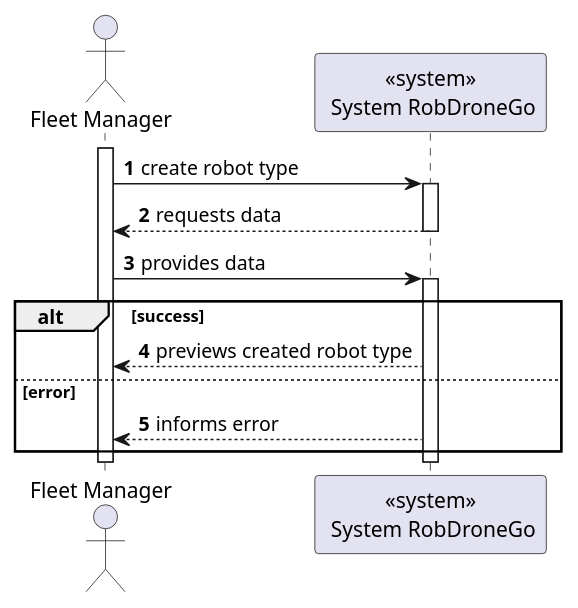
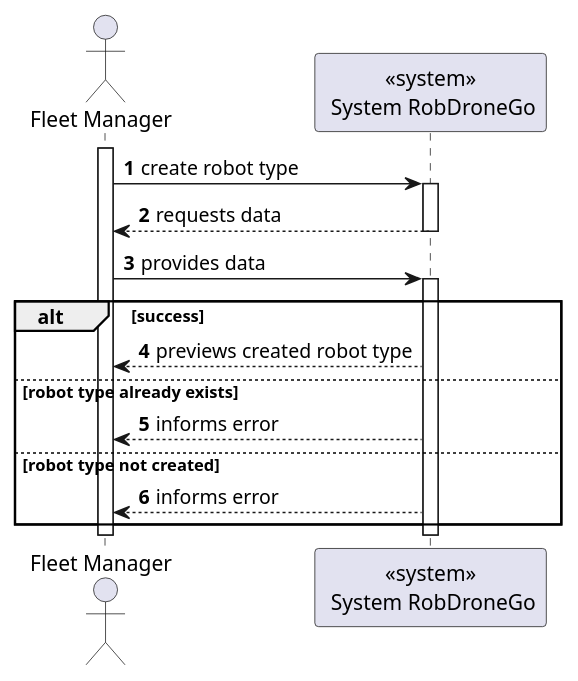
Before and after one commit to Departamento-de-Engenharia-Informatica/lapr5-23-24-g19: the diagram in docs/us1000/level1/process-view.puml, drawn with PlantUML. The commit also changed 5 other files, not shown here.

```diff
--- a/docs/us1000/level1/process-view.puml
+++ b/docs/us1000/level1/process-view.puml
@@ -1,24 +1,26 @@
 @startuml
 autonumber
 
 actor "Fleet Manager" as usr
 
 participant "<<system>>\n System RobDroneGo" as sys
 
 activate usr
     usr -> sys : create robot type
     activate sys
         sys --> usr : requests data
     deactivate sys
 
     usr -> sys : provides data
     activate sys
     alt success
         sys --> usr : previews created robot type
-    else error
+    else robot type already exists
+        sys --> usr : informs error
+    else robot type not created
         sys --> usr : informs error
     end
     deactivate sys
 deactivate usr
 
 @enduml
```
